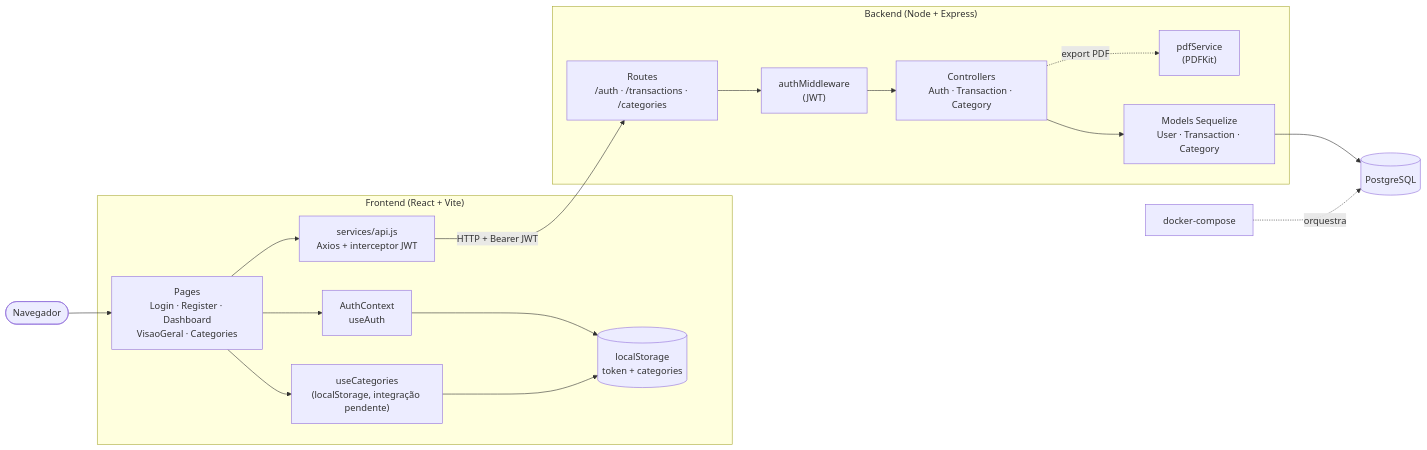
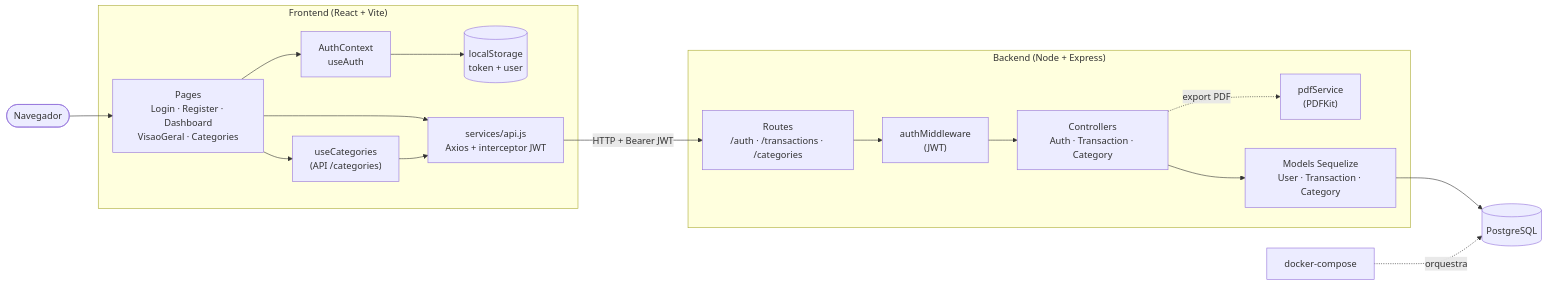
One commit to Beloeser/EngSoftware01_FinancasPessoais changed the third of 3 diagrams in DIAGRAMAS_UML.md. Above: the diagram before and after it, drawn with Mermaid. The commit also changed other lines of this file and 23 other files, not shown here.

````diff
--- a/DIAGRAMAS_UML.md
+++ b/DIAGRAMAS_UML.md
@@ -148,39 +149,39 @@
 ```mermaid
 graph LR
     Browser([Navegador])
 
     subgraph FE["Frontend (React + Vite)"]
         Pages["Pages<br/>Login · Register · Dashboard<br/>VisaoGeral · Categories"]
         AuthCtx["AuthContext<br/>useAuth"]
-        UseCat["useCategories<br/>(localStorage, integração pendente)"]
-        LS[("localStorage<br/>token + categories")]
+        UseCat["useCategories<br/>(API /categories)"]
+        LS[("localStorage<br/>token + user")]
         ApiClient["services/api.js<br/>Axios + interceptor JWT"]
 
         Pages --> AuthCtx
         Pages --> UseCat
         Pages --> ApiClient
         AuthCtx --> LS
-        UseCat --> LS
+        UseCat --> ApiClient
     end
 
     subgraph BE["Backend (Node + Express)"]
         Routes["Routes<br/>/auth · /transactions · /categories"]
         MW["authMiddleware<br/>(JWT)"]
         Ctrls["Controllers<br/>Auth · Transaction · Category"]
         PdfSvc["pdfService<br/>(PDFKit)"]
         Models["Models Sequelize<br/>User · Transaction · Category"]
 
         Routes --> MW
         MW --> Ctrls
         Ctrls --> Models
         Ctrls -.->|export PDF| PdfSvc
     end
 
     DB[("PostgreSQL")]
     Docker["docker-compose"]
 
     Browser --> Pages
     ApiClient -->|HTTP + Bearer JWT| Routes
     Models --> DB
     Docker -.->|orquestra| DB
 ```
````
